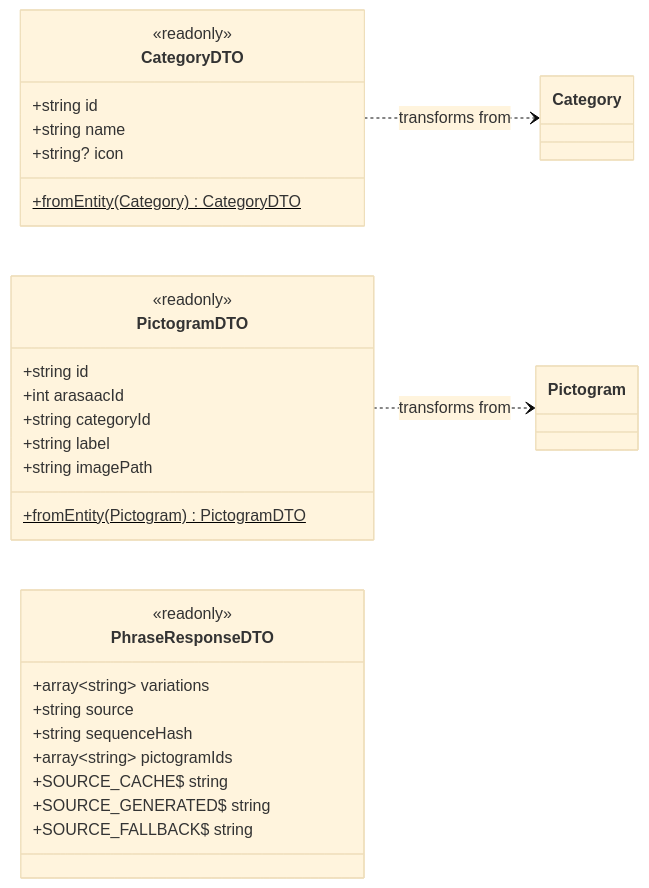
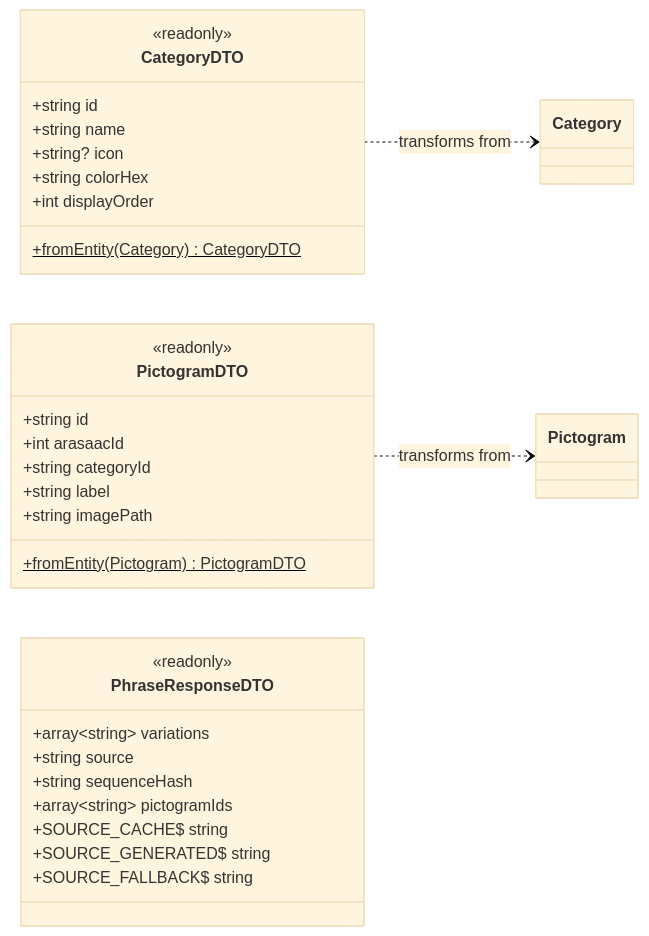
One commit to luismiglezmohino/HablaIA changed the second of 8 diagrams in docs/diagrams/application-layer.md. Above: the diagram before and after it, drawn with Mermaid (base theme). The commit also changed 9 other files, not shown here.

````diff
--- a/docs/diagrams/application-layer.md
+++ b/docs/diagrams/application-layer.md
@@ -87,37 +87,39 @@
 ```mermaid
 classDiagram
     direction LR
 
     class CategoryDTO {
         <<readonly>>
         +string id
         +string name
         +string? icon
+        +string colorHex
+        +int displayOrder
         +fromEntity(Category)$ CategoryDTO
     }
 
     class PictogramDTO {
         <<readonly>>
         +string id
         +int arasaacId
         +string categoryId
         +string label
         +string imagePath
         +fromEntity(Pictogram)$ PictogramDTO
     }
 
     class PhraseResponseDTO {
         <<readonly>>
         +array~string~ variations
         +string source
         +string sequenceHash
         +array~string~ pictogramIds
         +SOURCE_CACHE$ string
         +SOURCE_GENERATED$ string
         +SOURCE_FALLBACK$ string
     }
 
     %% Relationships with Domain Entities
     CategoryDTO ..> Category : transforms from
     PictogramDTO ..> Pictogram : transforms from
 ```
````
